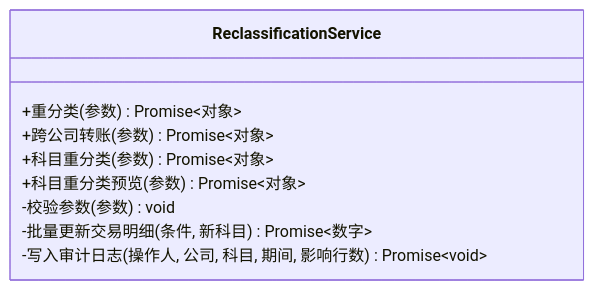
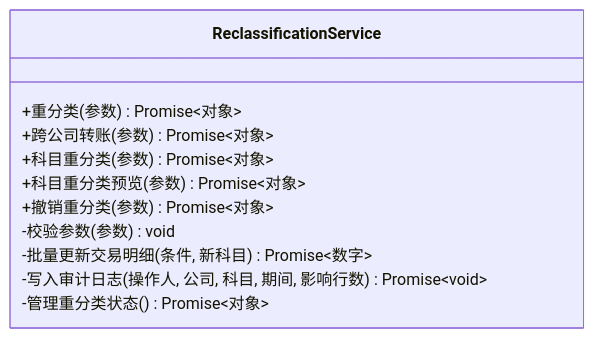
The third of 8 diagrams in .qoder/repowiki/zh/content/核心模块/重分类系统.md (Damao997/newproject), drawn with Mermaid before and after one commit. The commit also changed other lines of this file and 118 other files, not shown here.

````diff
--- a/.qoder/repowiki/zh/content/核心模块/重分类系统.md
+++ b/.qoder/repowiki/zh/content/核心模块/重分类系统.md
@@ -129,12 +132,14 @@
 ```mermaid
 classDiagram
 class ReclassificationService {
 +重分类(参数) Promise~对象~
 +跨公司转账(参数) Promise~对象~
 +科目重分类(参数) Promise~对象~
 +科目重分类预览(参数) Promise~对象~
++撤销重分类(参数) Promise~对象~
 -校验参数(参数) void
 -批量更新交易明细(条件, 新科目) Promise~数字~
 -写入审计日志(操作人, 公司, 科目, 期间, 影响行数) Promise~void~
+-管理重分类状态() Promise~对象~
 }
 ```
````
